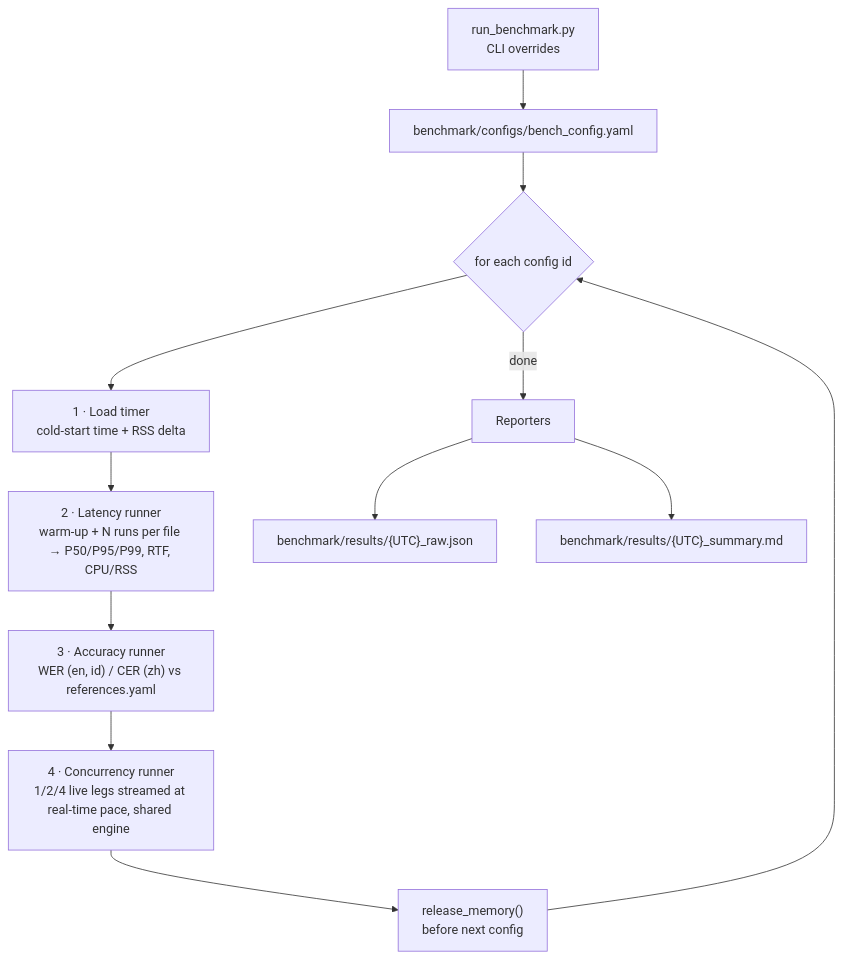
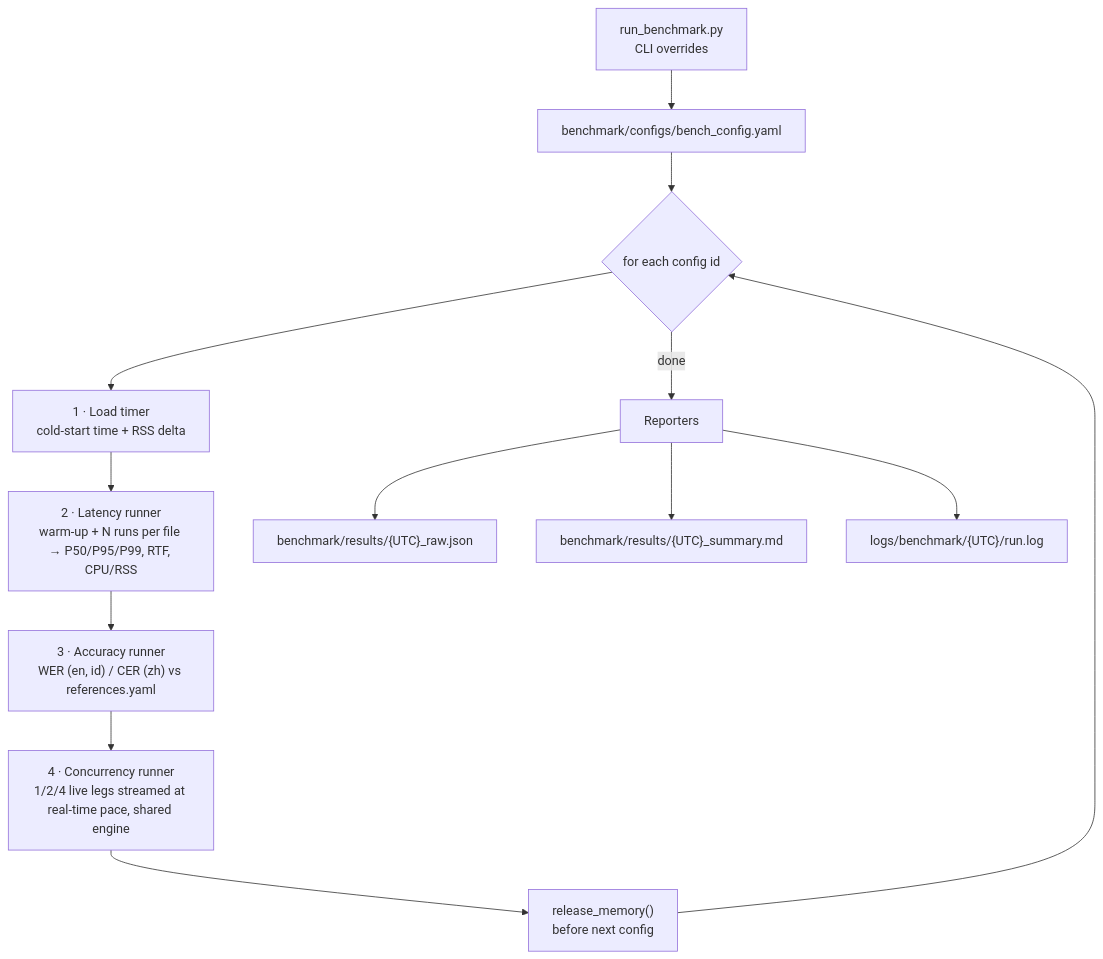
Before and after one commit to naseemap47/RT-MASR-CPU: the diagram in docs/benchmark/benchmarking.md, drawn with Mermaid. The commit also changed 27 other files, not shown here.

````diff
--- a/docs/benchmark/benchmarking.md
+++ b/docs/benchmark/benchmarking.md
@@ -11,14 +11,15 @@
 ```mermaid
 flowchart TD
     CLI["run_benchmark.py<br/>CLI overrides"] --> CFG["benchmark/configs/bench_config.yaml"]
     CFG --> LOOP{"for each config id"}
     LOOP --> L1["1 · Load timer<br/>cold-start time + RSS delta"]
     L1 --> L2["2 · Latency runner<br/>warm-up + N runs per file → P50/P95/P99, RTF, CPU/RSS"]
     L2 --> L3["3 · Accuracy runner<br/>WER (en, id) / CER (zh) vs references.yaml"]
     L3 --> L4["4 · Concurrency runner<br/>1/2/4 live legs streamed at real-time pace, shared engine"]
     L4 --> FREE["release_memory()<br/>before next config"]
     FREE --> LOOP
     LOOP -->|done| REP["Reporters"]
     REP --> J["benchmark/results/{UTC}_raw.json"]
     REP --> M["benchmark/results/{UTC}_summary.md"]
+    REP --> L["logs/benchmark/{UTC}/run.log"]
 ```
````
